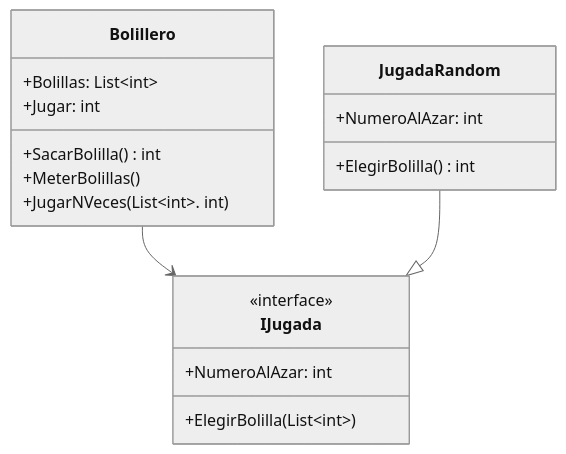
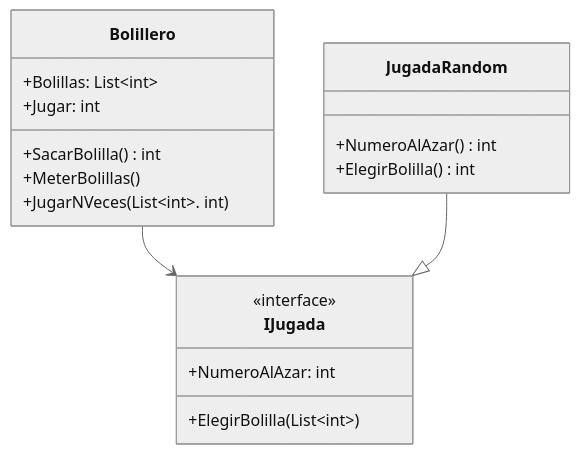
The diagram in docs/README.md (SaraCastro124/Tp-bolillero), drawn with Mermaid (neutral theme) before and after one commit. The commit also changed 1 other file, not shown here.

````diff
--- a/docs/README.md
+++ b/docs/README.md
@@ -3,22 +3,22 @@
 ```mermaid
 classDiagram
     class Bolillero{
         +Bolillas: List~int~
         +Jugar: int
         +SacarBolilla() int
         +MeterBolillas() 
         +JugarNVeces(List~int~. int) 
     }
     class IJugada{
         <<interface>>
         +NumeroAlAzar: int
         +ElegirBolilla(List~int~)
     }
     class JugadaRandom{
-        +NumeroAlAzar: int
+        +NumeroAlAzar() int
         +ElegirBolilla() int
     }
     Bolillero --> IJugada
     JugadaRandom --|> IJugada
     
 ```
````
